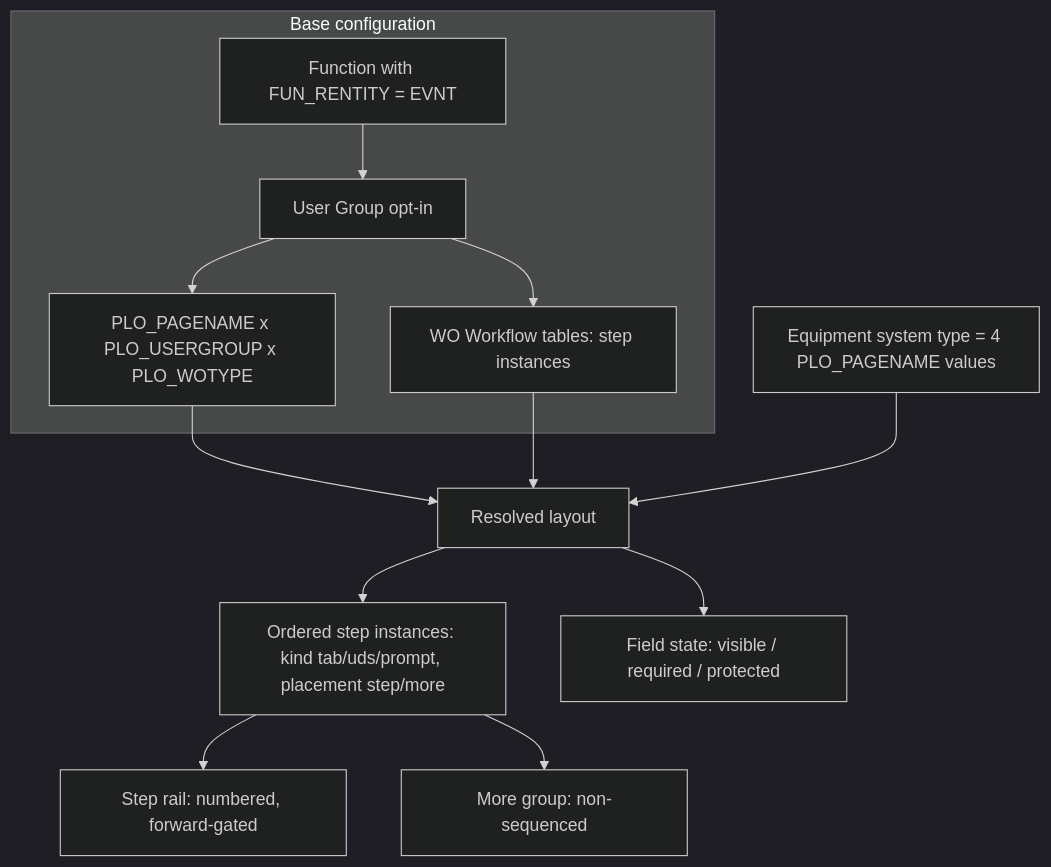
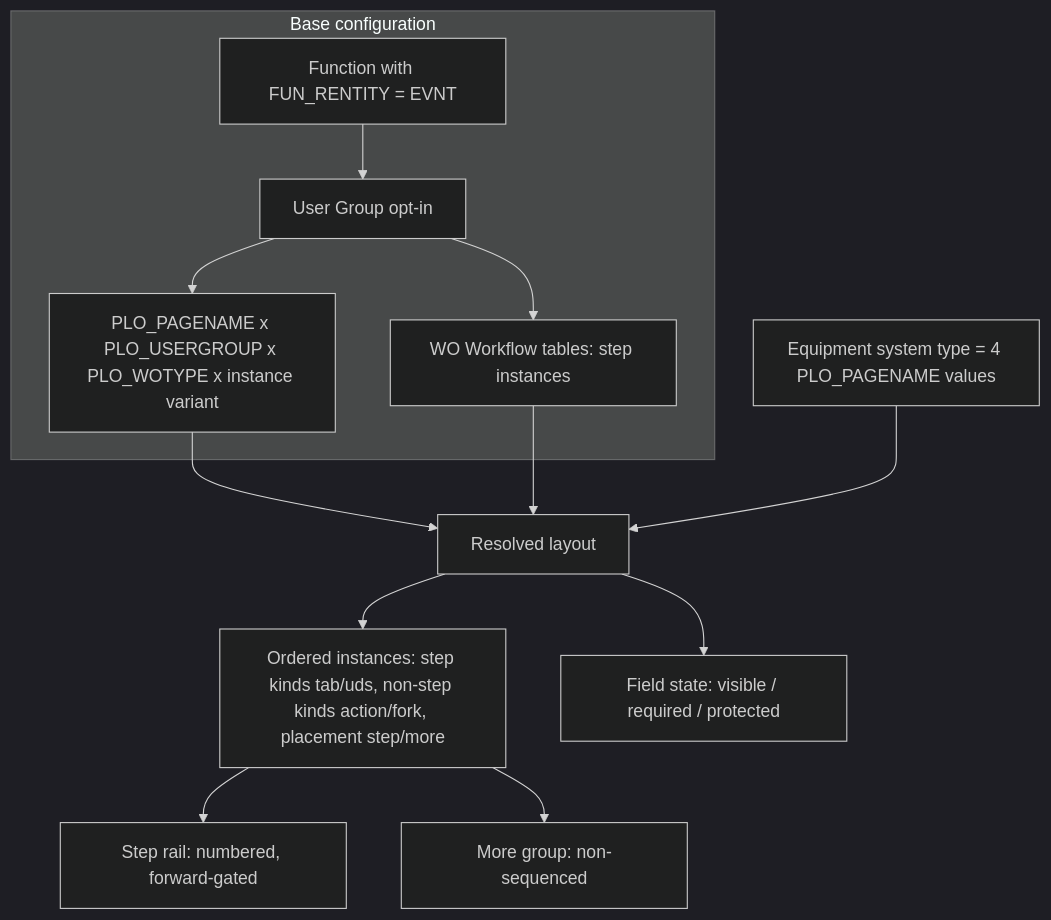
The third of 3 diagrams in docs/EAM-Mobile-Design-Doc-v1.md (dannykayburn/eam-mobile), drawn with Mermaid (dark theme) before and after one commit. The commit also changed other lines of this file and 5 other files, not shown here.

````diff
--- a/docs/EAM-Mobile-Design-Doc-v1.md
+++ b/docs/EAM-Mobile-Design-Doc-v1.md
@@ -625,15 +586,15 @@
 ```mermaid
 flowchart TD
   subgraph Base configuration
     FN[Function with FUN_RENTITY = EVNT] --> UG[User Group opt-in]
-    UG --> L1[PLO_PAGENAME x PLO_USERGROUP x PLO_WOTYPE]
+    UG --> L1[PLO_PAGENAME x PLO_USERGROUP x PLO_WOTYPE x instance variant]
     UG --> L2[WO Workflow tables: step instances]
   end
   L1 --> RES[Resolved layout]
   L2 --> RES
   EQ[Equipment system type = 4 PLO_PAGENAME values] --> RES
-  RES --> ST[Ordered step instances: kind tab/uds/prompt, placement step/more]
+  RES --> ST[Ordered instances: step kinds tab/uds, non-step kinds action/fork, placement step/more]
   ST --> RAIL[Step rail: numbered, forward-gated]
   ST --> MORE[More group: non-sequenced]
   RES --> FLD[Field state: visible / required / protected]
 ```
````
